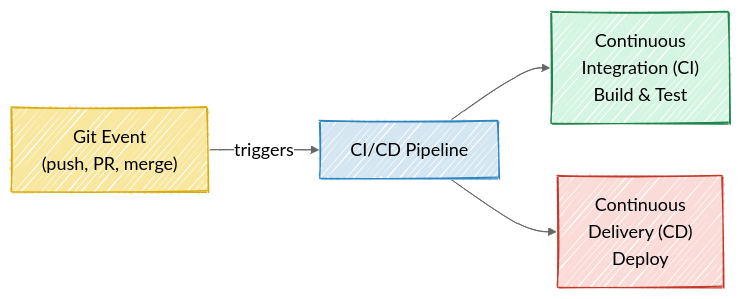
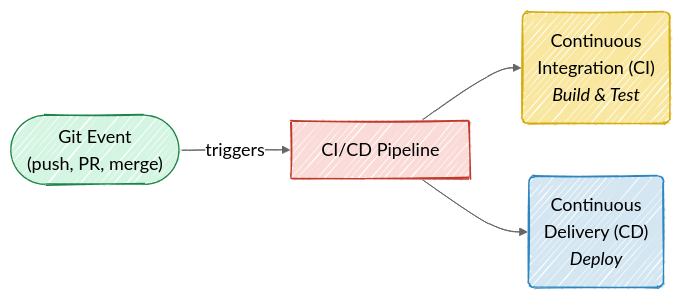
The second of 4 diagrams in lab5.qmd (mjfrigaard/do4ds-labs), drawn with Mermaid before and after one commit. The commit also changed other lines of this file and 12 other files, not shown here.

````diff
--- a/lab5.qmd
+++ b/lab5.qmd
@@ -136,15 +142,15 @@
 ```{mermaid}
 %%| fig-cap: 'Git & CI/CD'
 %%| fig-width: 7.0
 %%| fig-align: center
 %%{init: {'theme': 'neutral', 'look': 'handDrawn', 'themeVariables': { 'fontFamily': 'monospace', "fontSize":"18px"}}}%%
 flowchart LR
-    GitEv["Git Event<br>(push, PR, merge)"] -->|"triggers"| CICD["CI/CD Pipeline"]
-    CICD --> CI["Continuous<br>Integration (CI)<br>Build & Test"]
-    CICD --> CD["Continuous<br>Delivery (CD)<br>Deploy"]
+    GitEv(["Git Event<br>(push, PR, merge)"]) -->|"triggers"| CICD["CI/CD Pipeline"]
+    CICD --> CI("Continuous<br>Integration (CI)<br><em>Build & Test</em>")
+    CICD --> CD("Continuous<br>Delivery (CD)<br><em>Deploy</em>")
 
-    style GitEv fill:#F9E79F,stroke:#D4AC0D,color:#000
-    style CICD fill:#D4E6F1,stroke:#2E86C1,color:#000
-    style CI fill:#D5F5E3,stroke:#1E8449,color:#000
-    style CD fill:#FADBD8,stroke:#C0392B,color:#000
+    style CI fill:#F9E79F,stroke:#D4AC0D,color:#000
+    style CD fill:#D4E6F1,stroke:#2E86C1,color:#000
+    style GitEv fill:#D5F5E3,stroke:#1E8449,color:#000
+    style CICD fill:#FADBD8,stroke:#C0392B,color:#000
 ```
````
